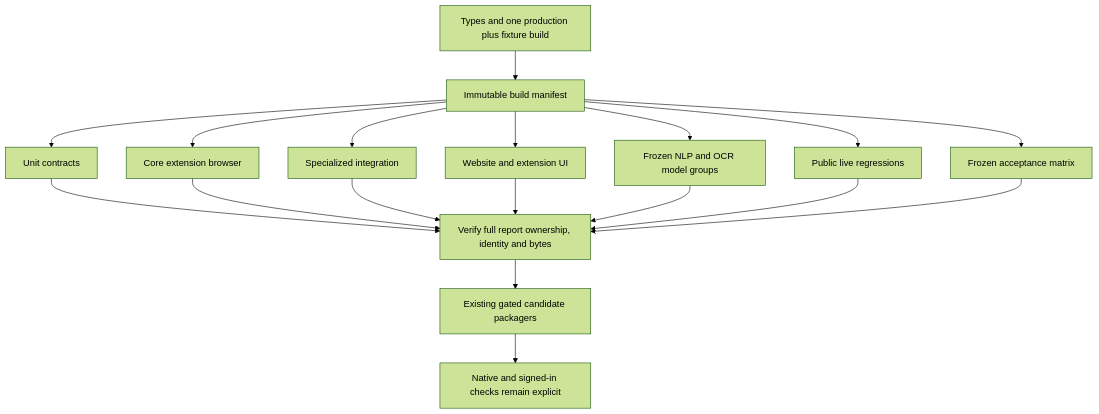
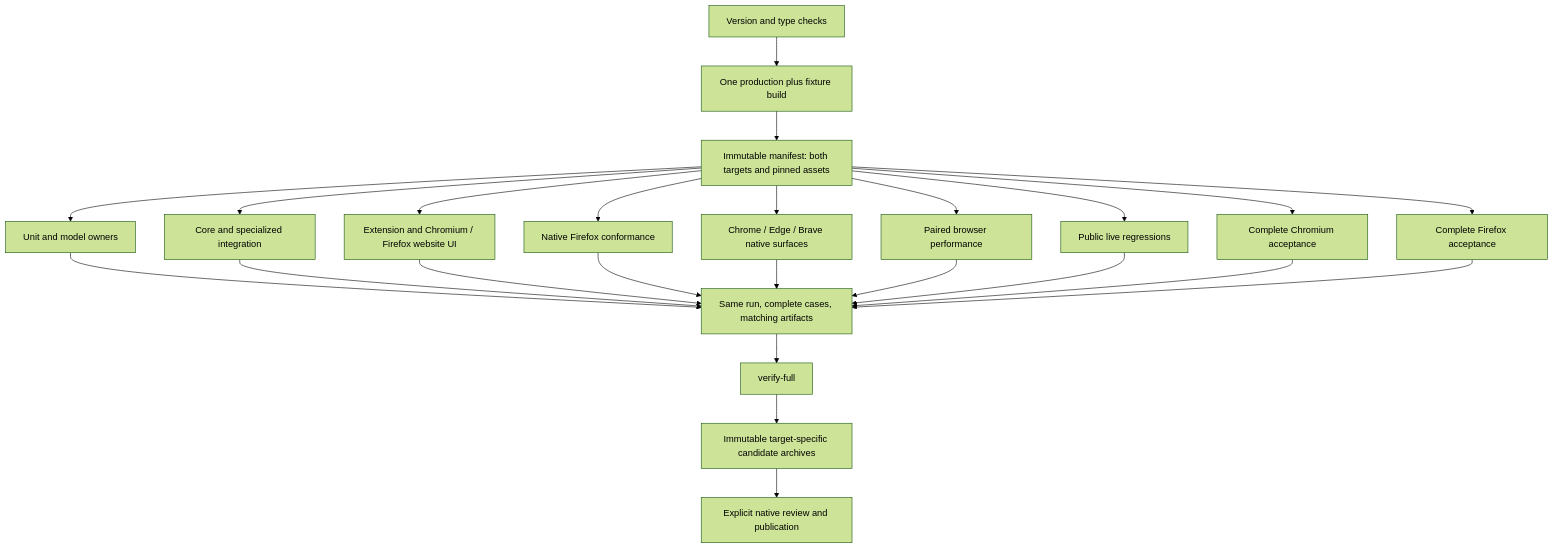
One commit to Sammieblz/tholi changed the diagram in config/knowledge-graph/Workflows and validation.md. Above: the diagram before and after it, drawn with Mermaid (forest theme). The commit also changed other lines of this file and 7 other files, not shown here.

Commit message:
docs: update knowledge-graph.md to clarify revision snapshots and output links

````diff
--- a/config/knowledge-graph/Workflows and validation.md
+++ b/config/knowledge-graph/Workflows and validation.md
@@ -65,20 +69,18 @@
 ```mermaid
 flowchart TD
-  S[Types and one production plus fixture build] --> M[Immutable build manifest]
-  M --> U[Unit contracts]
-  M --> C[Core extension browser]
-  M --> I[Specialized integration]
-  M --> W[Website and extension UI]
-  M --> N[Frozen NLP and OCR model groups]
+  V[Version and type checks] --> B[One production plus fixture build]
+  B --> M[Immutable manifest: both targets and pinned assets]
+  M --> U[Unit and model owners]
+  M --> C[Core and specialized integration]
+  M --> UI[Extension and Chromium / Firefox website UI]
+  M --> F[Native Firefox conformance]
+  M --> BR[Chrome / Edge / Brave native surfaces]
+  M --> P[Paired browser performance]
   M --> L[Public live regressions]
-  M --> A[Frozen acceptance matrix]
-  U --> V[Verify full report ownership, identity and bytes]
-  C --> V
-  I --> V
-  W --> V
-  N --> V
-  L --> V
-  A --> V
-  V --> P[Existing gated candidate packagers]
-  P --> H[Native and signed-in checks remain explicit]
+  M --> AC[Complete Chromium acceptance]
+  M --> AF[Complete Firefox acceptance]
+  U & C & UI & F & BR & P & L & AC & AF --> E[Same run, complete cases, matching artifacts]
+  E --> G[verify-full]
+  G --> A[Immutable target-specific candidate archives]
+  A --> R[Explicit native review and publication]
 ```
````
